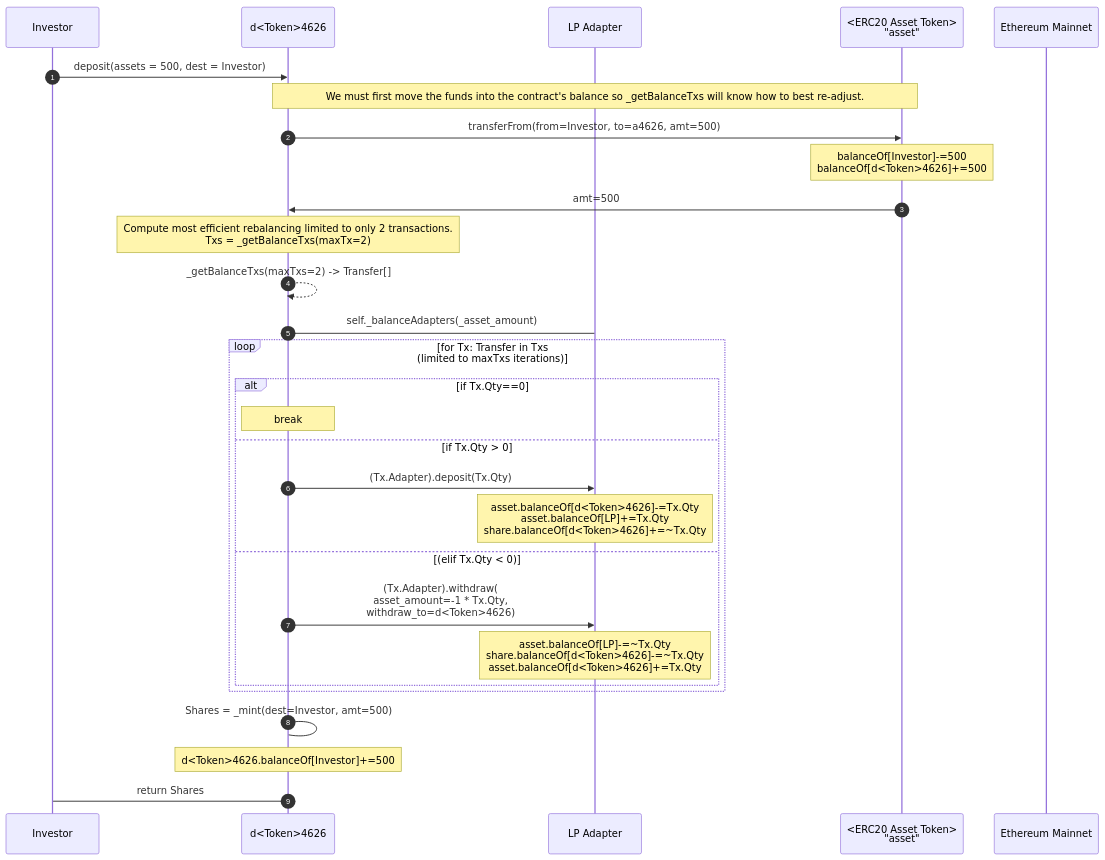
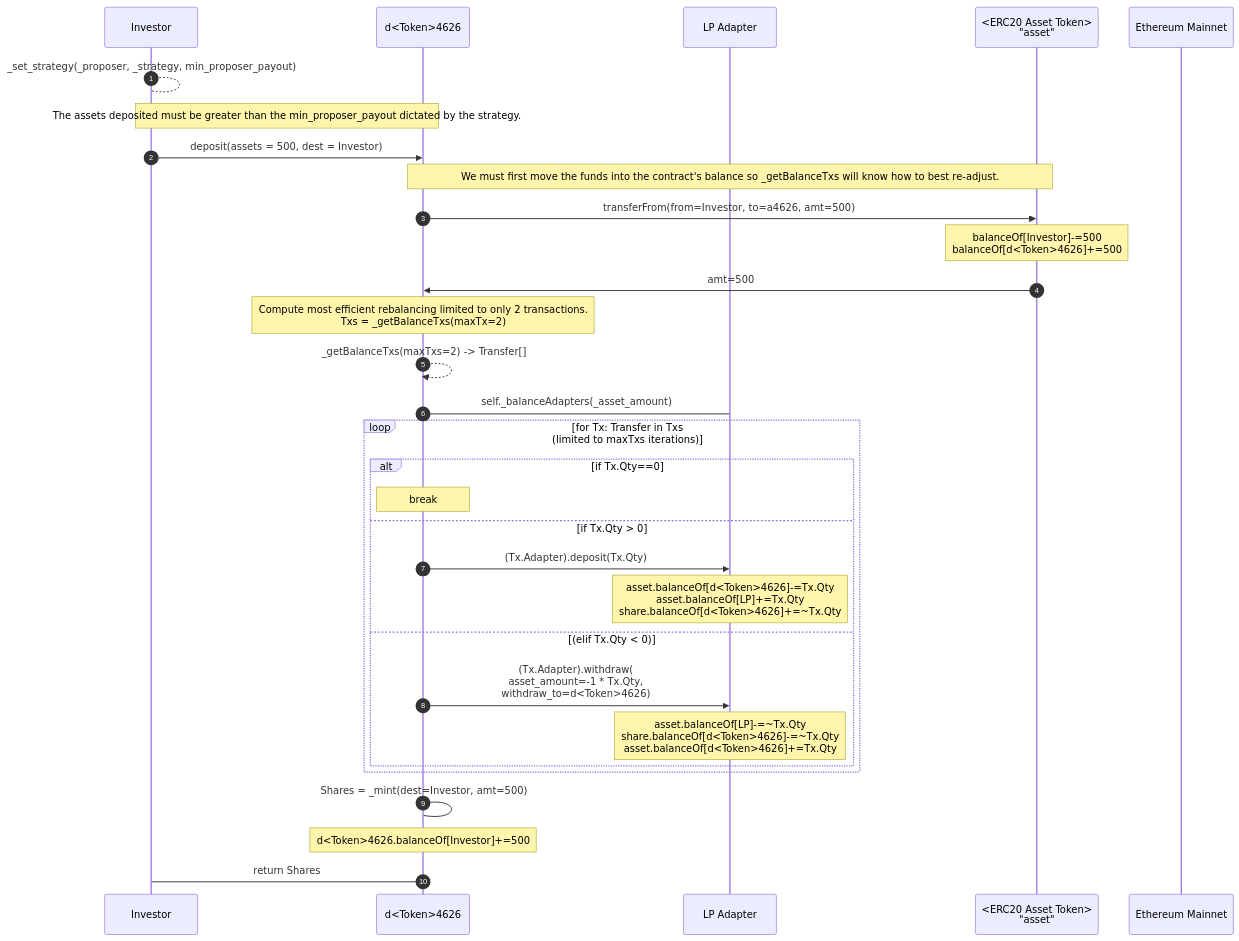
Before and after one commit to DynamoFinance/vault: the first of 5 diagrams in docs/Dynamo4626.md, drawn with Mermaid. The commit also changed 6 other files, not shown here.

````diff
--- a/docs/Dynamo4626.md
+++ b/docs/Dynamo4626.md
@@ -50,42 +50,45 @@
 ```mermaid
 sequenceDiagram
     participant u as Investor
     participant a4626 as d<Token>4626
     participant lpa as LP Adapter
     participant asset as <ERC20 Asset Token><br>"asset"
     #participant lp as LP
     #participant share as <ERC20 LP Share>
     participant eth as Ethereum Mainnet
   
     autonumber
+    u-->u: _set_strategy(_proposer, _strategy, min_proposer_payout)
+
+    Note over u, a4626: The assets deposited must be greater than the min_proposer_payout dictated by the strategy.
     u->>a4626:deposit(assets = 500, dest = Investor)
 
-        note over a4626, asset: We must first move the funds into the contract's balance so _getBalanceTxs will know how to best re-adjust.     
+        Note over a4626, asset: We must first move the funds into the contract's balance so _getBalanceTxs will know how to best re-adjust.     
         a4626->>asset: transferFrom(from=Investor, to=a4626, amt=500)
 
         Note over asset: balanceOf[Investor]-=500<br>balanceOf[d<Token>4626]+=500
         asset->>a4626: amt=500
       
         Note over a4626: Compute most efficient rebalancing limited to only 2 transactions.<br>Txs = _getBalanceTxs(maxTx=2)
         a4626-->>a4626: _getBalanceTxs(maxTxs=2) -> Transfer[]
         
         a4626->lpa: self._balanceAdapters(_asset_amount)
 
         loop for Tx: Transfer in Txs<br>(limited to maxTxs iterations)
             alt if Tx.Qty==0
                 note over a4626: break
             else if Tx.Qty > 0
                 a4626->>lpa: (Tx.Adapter).deposit(Tx.Qty)
                     note over lpa: asset.balanceOf[d<Token>4626]-=Tx.Qty<br>asset.balanceOf[LP]+=Tx.Qty<br>share.balanceOf[d<Token>4626]+=~Tx.Qty
                       
             else (elif Tx.Qty < 0)
                 a4626->>lpa: (Tx.Adapter).withdraw(<br>asset_amount=-1 * Tx.Qty,<br>withdraw_to=d<Token>4626)
                     note over lpa: asset.balanceOf[LP]-=~Tx.Qty<br>share.balanceOf[d<Token>4626]-=~Tx.Qty<br>asset.balanceOf[d<Token>4626]+=Tx.Qty
             end
         end
       
         a4626->a4626: Shares = _mint(dest=Investor, amt=500)
             note over a4626:d<Token>4626.balanceOf[Investor]+=500
       
         a4626->u: return Shares  
 ```
````
